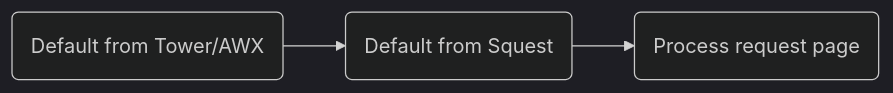
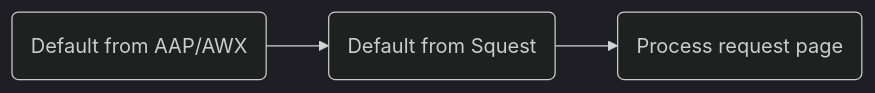
Before and after one commit to HewlettPackard/squest: the first of 2 diagrams in docs/manual/service_catalog/operation.md, drawn with Mermaid (dark theme). The commit also changed other lines of this file and 17 other files, not shown here.

Commit message:
Replace Tower by AAP in documentation

````diff
--- a/docs/manual/service_catalog/operation.md
+++ b/docs/manual/service_catalog/operation.md
@@ -51,4 +51,4 @@
 ```mermaid
 flowchart LR
-    Tower(Default from Tower/AWX) --> Squest(Default from Squest) --> Process(Process request page)
+    AAP/AWX(Default from AAP/AWX) --> Squest(Default from Squest) --> Process(Process request page)
 ```
````
